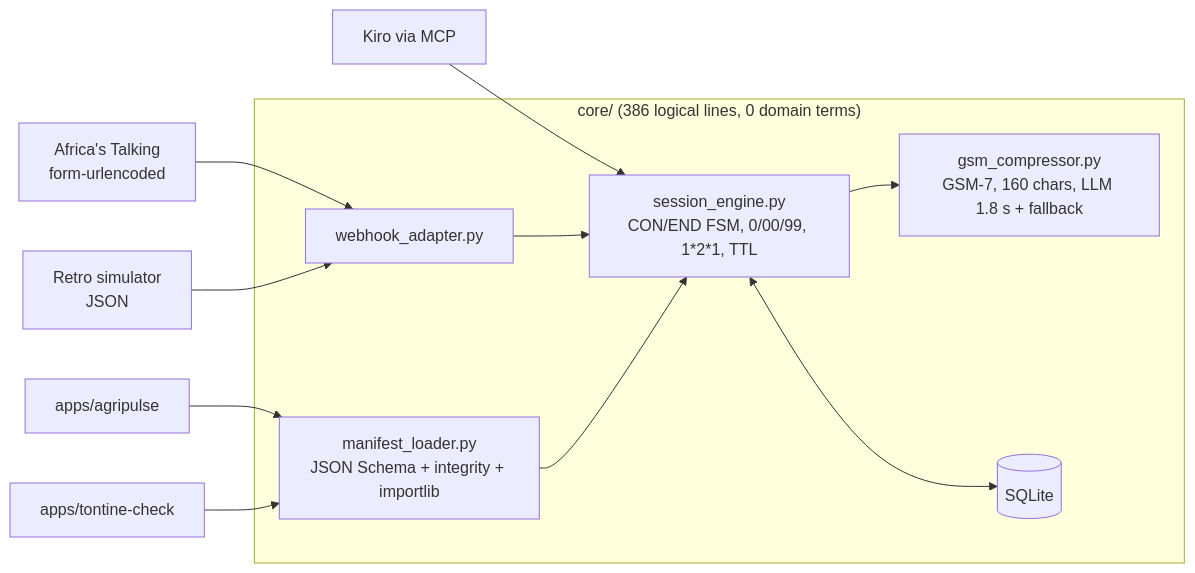
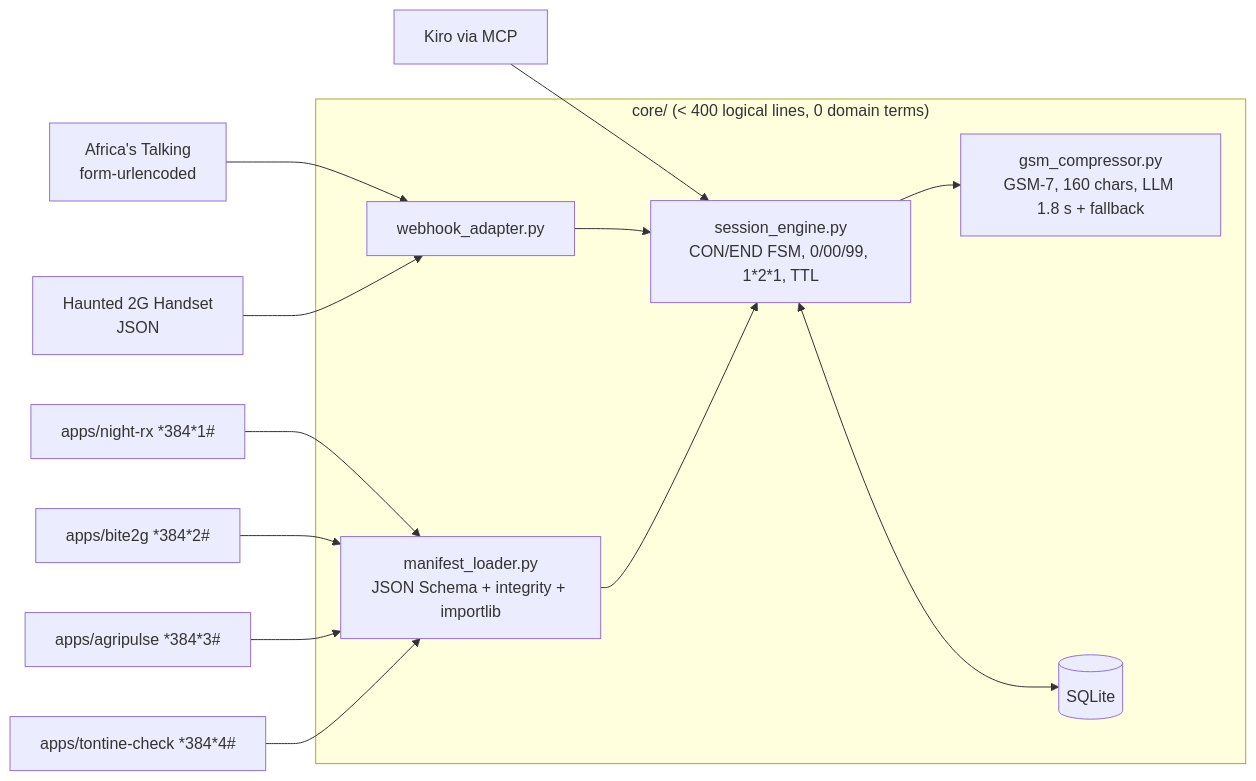
Before and after one commit to ArthurNsongan/USSD-Reborn: the diagram in README.md, drawn with Mermaid. The commit also changed other lines of this file and 30 other files, not shown here.

Commit message:
Feat: add NightRx & Bite2G apps and 3-act spooky push-button phone studio

````diff
--- a/README.md
+++ b/README.md
@@ -136,14 +90,16 @@
 ```mermaid
 flowchart LR
     AT[Africa's Talking<br/>form-urlencoded] --> W
-    SIM[Retro simulator<br/>JSON] --> W
+    SIM[Haunted 2G Handset<br/>JSON] --> W
     MCP[Kiro via MCP] --> E
-    subgraph core["core/ (386 logical lines, 0 domain terms)"]
+    subgraph core["core/ (< 400 logical lines, 0 domain terms)"]
         W[webhook_adapter.py] --> E[session_engine.py<br/>CON/END FSM, 0/00/99, 1*2*1, TTL]
         L[manifest_loader.py<br/>JSON Schema + integrity + importlib] --> E
         E --> C[gsm_compressor.py<br/>GSM-7, 160 chars, LLM 1.8 s + fallback]
         E <--> DB[(SQLite)]
     end
-    A1[apps/agripulse] --> L
-    A2[apps/tontine-check] --> L
+    A1[apps/night-rx *384*1#] --> L
+    A2[apps/bite2g *384*2#] --> L
+    A3[apps/agripulse *384*3#] --> L
+    A4[apps/tontine-check *384*4#] --> L
 ```
````
